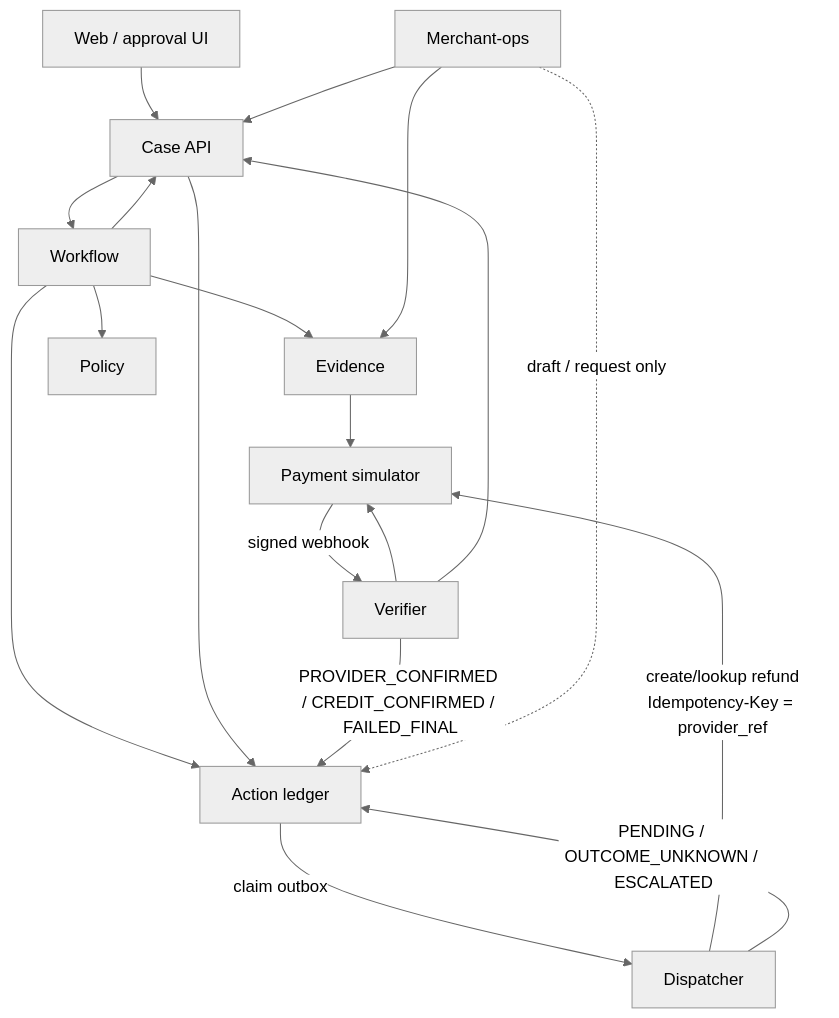
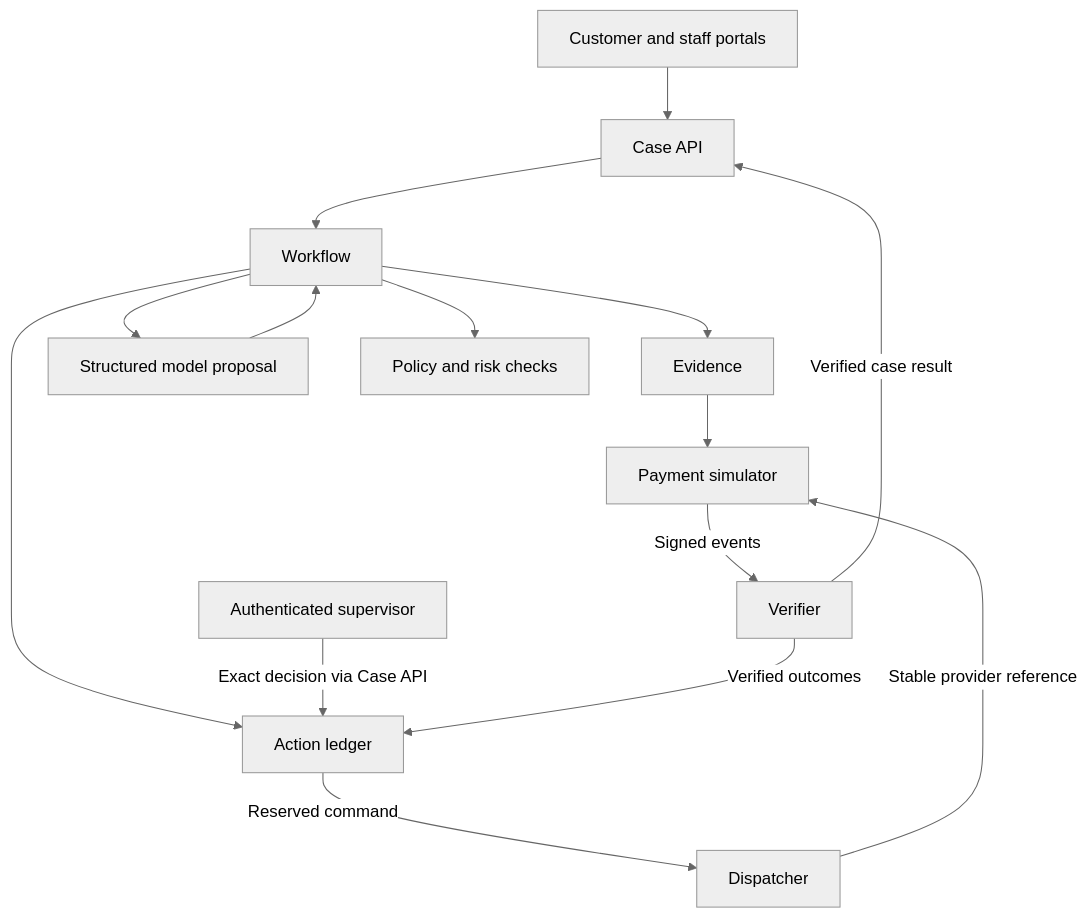
Before and after one commit to Dijo-404/sentinel: the diagram in README.md, drawn with Mermaid (neutral theme). The commit also changed other lines of this file, not shown here.

````diff
--- a/README.md
+++ b/README.md
@@ -39,21 +146,17 @@
 ```mermaid
 flowchart TD
-    UI[Web / approval UI] --> API[Case API]
+    UI[Customer and staff portals] --> API[Case API]
     API --> WF[Workflow]
     WF --> EV[Evidence]
-    WF --> POL[Policy]
-    WF --> LED[Action ledger]
-    API --> LED
-    EV --> SIM[Payment simulator]
-    LED -->|claim outbox| DISP[Dispatcher]
-    DISP -->|create/lookup refund<br/>Idempotency-Key = provider_ref| SIM
-    DISP -->|PENDING / OUTCOME_UNKNOWN / ESCALATED| LED
-    SIM -->|signed webhook| VER[Verifier]
-    VER --> SIM
-    VER -->|PROVIDER_CONFIRMED / CREDIT_CONFIRMED / FAILED_FINAL| LED
-    VER --> API
-    WF --> API
-    M[Merchant-ops] --> API
-    M --> EV
-    M -.->|draft / request only| LED
+    WF --> MODEL[Structured model proposal]
+    MODEL --> WF
+    WF --> POLICY[Policy and risk checks]
+    WF --> LEDGER[Action ledger]
+    SUPERVISOR[Authenticated supervisor] -->|Exact decision via Case API| LEDGER
+    LEDGER -->|Reserved command| DISPATCHER[Dispatcher]
+    DISPATCHER -->|Stable provider reference| SIM[Payment simulator]
+    EV --> SIM
+    SIM -->|Signed events| VERIFIER[Verifier]
+    VERIFIER -->|Verified outcomes| LEDGER
+    VERIFIER -->|Verified case result| API
 ```
````
